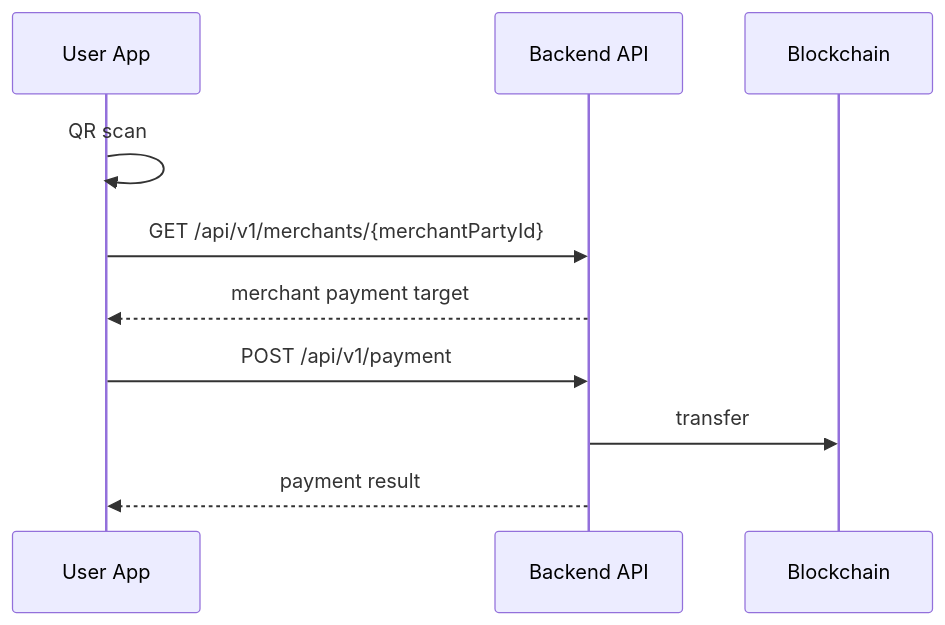
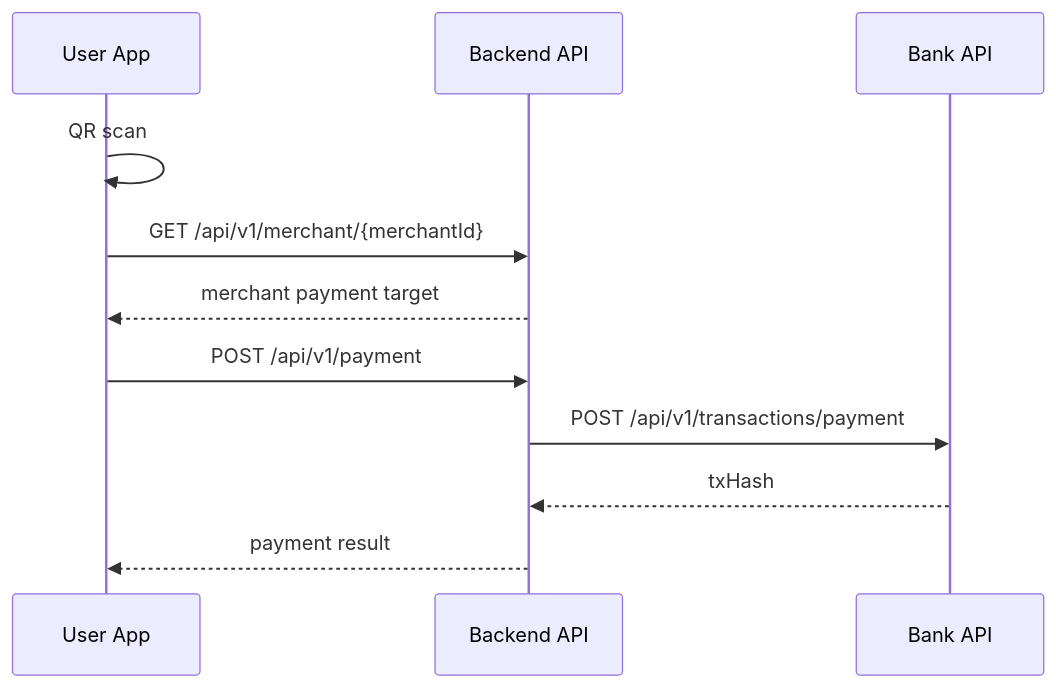
One commit to Fisa-Family/hangang-pay changed the diagram in hangang-pay-be/docs/rest_api.md. Above: the diagram before and after it, drawn with Mermaid. The commit also changed other lines of this file and 19 other files, not shown here.

````diff
--- a/hangang-pay-be/docs/rest_api.md
+++ b/hangang-pay-be/docs/rest_api.md
@@ -43,13 +151,14 @@
 ```mermaid
 sequenceDiagram
   participant U as User App
   participant API as Backend API
-  participant BC as Blockchain
+  participant Bank as Bank API
 
   U->>U: QR scan
-  U->>API: GET /api/v1/merchants/{merchantPartyId}
+  U->>API: GET /api/v1/merchant/{merchantId}
   API-->>U: merchant payment target
   U->>API: POST /api/v1/payment
-  API->>BC: transfer
+  API->>Bank: POST /api/v1/transactions/payment
+  Bank-->>API: txHash
   API-->>U: payment result
 ```
````
